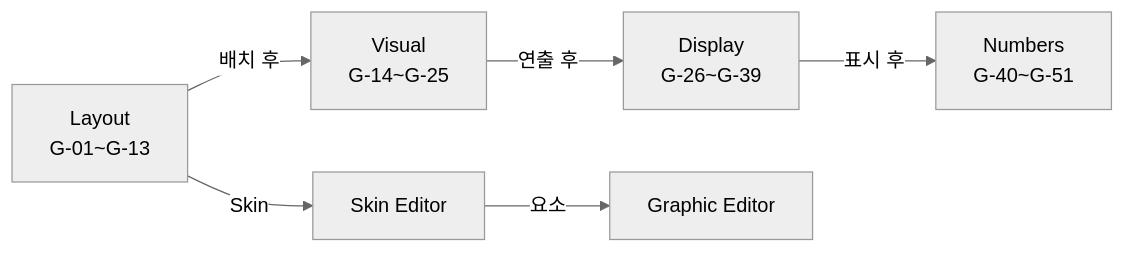
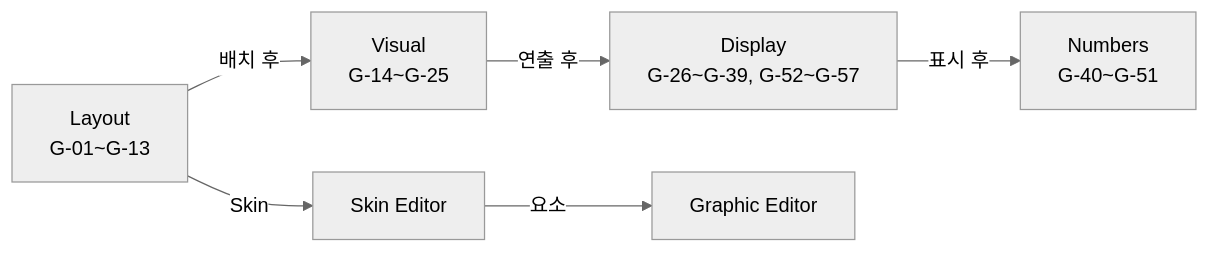
One commit to garimto81/ebs changed the fifth of 12 diagrams in docs/01_PokerGFX_Analysis/PRD-0004-EBS-Server-UI-Design.md. Above: the diagram before and after it, drawn with Mermaid (neutral theme). The commit also changed other lines of this file and 1 other file, not shown here.

````diff
--- a/docs/01_PokerGFX_Analysis/PRD-0004-EBS-Server-UI-Design.md
+++ b/docs/01_PokerGFX_Analysis/PRD-0004-EBS-Server-UI-Design.md
@@ -530,7 +451,7 @@
 ```mermaid
 flowchart LR
     L["Layout<br/>G-01~G-13"] -->|"배치 후"| V["Visual<br/>G-14~G-25"]
-    V -->|"연출 후"| D["Display<br/>G-26~G-39"]
+    V -->|"연출 후"| D["Display<br/>G-26~G-39, G-52~G-57"]
     D -->|"표시 후"| N["Numbers<br/>G-40~G-51"]
     L -->|"Skin"| SKE["Skin Editor"] -->|"요소"| GRE["Graphic Editor"]
 ```
````
